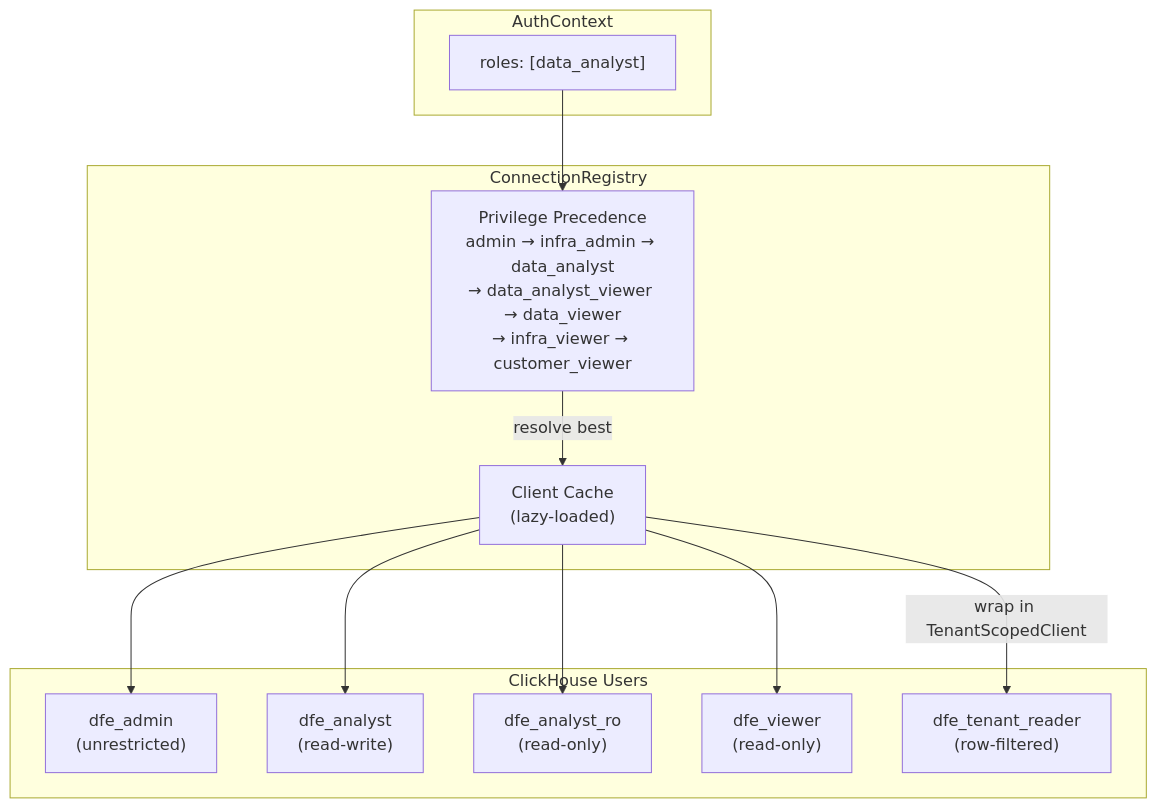
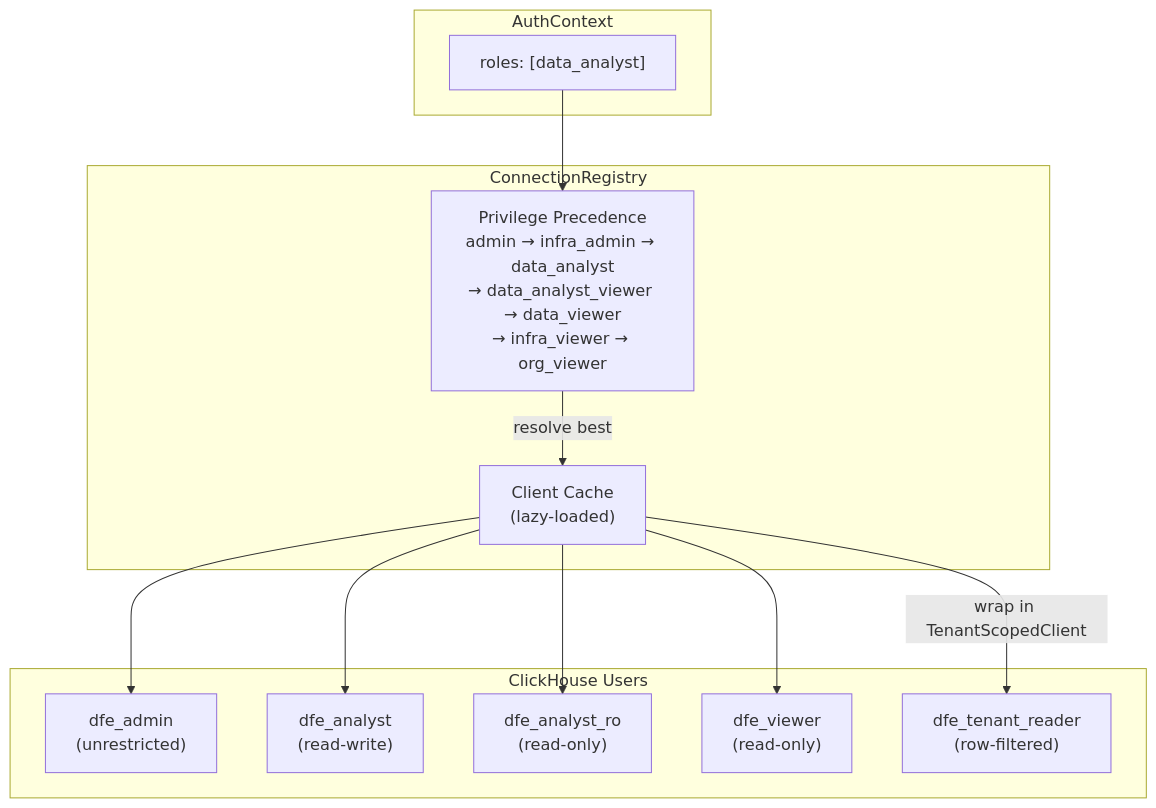
One commit to hyperi-io/dfe-engine changed the eighth of 11 diagrams in docs/control-plane/rbac.md. Above: the diagram before and after it, drawn with Mermaid. The commit also changed other lines of this file and 18 other files, not shown here.

First line of the commit message:
fix(auth): rename customer_viewer to org_viewer

````diff
--- a/docs/control-plane/rbac.md
+++ b/docs/control-plane/rbac.md
@@ -571,27 +571,27 @@
 ```mermaid
 flowchart TD
     subgraph "AuthContext"
         ROLES["roles: [data_analyst]"]
     end
 
     subgraph "ConnectionRegistry"
-        PREC["Privilege Precedence<br/>admin → infra_admin → data_analyst<br/>→ data_analyst_viewer → data_viewer<br/>→ infra_viewer → customer_viewer"]
+        PREC["Privilege Precedence<br/>admin → infra_admin → data_analyst<br/>→ data_analyst_viewer → data_viewer<br/>→ infra_viewer → org_viewer"]
         CACHE["Client Cache<br/>(lazy-loaded)"]
     end
 
     subgraph "ClickHouse Users"
         ADMIN_CH["dfe_admin<br/>(unrestricted)"]
         ANALYST_CH["dfe_analyst<br/>(read-write)"]
         RO_CH["dfe_analyst_ro<br/>(read-only)"]
         VIEWER_CH["dfe_viewer<br/>(read-only)"]
         TENANT_CH["dfe_tenant_reader<br/>(row-filtered)"]
     end
 
     ROLES --> PREC
     PREC -->|resolve best| CACHE
     CACHE --> ADMIN_CH
     CACHE --> ANALYST_CH
     CACHE --> RO_CH
     CACHE --> VIEWER_CH
     CACHE -->|wrap in TenantScopedClient| TENANT_CH
 ```
````
